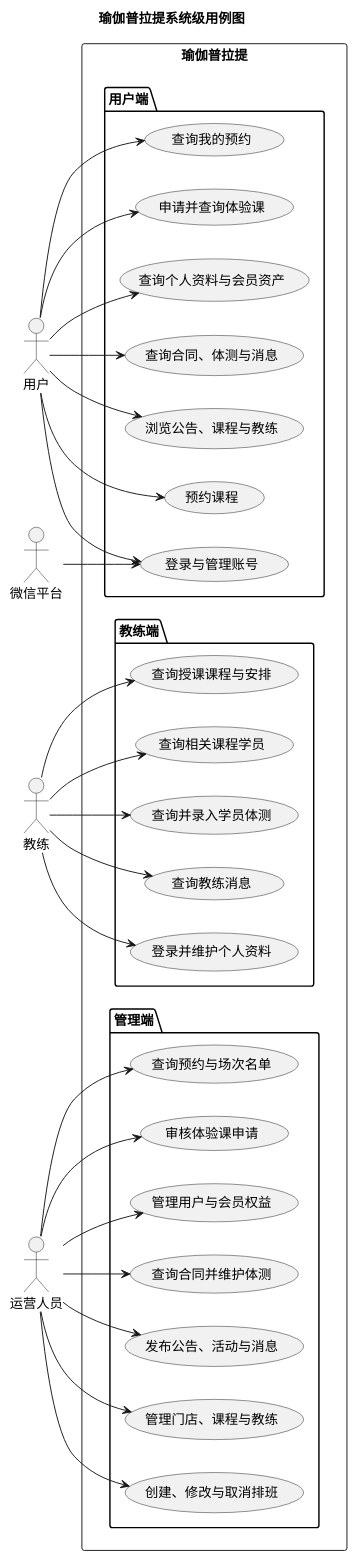
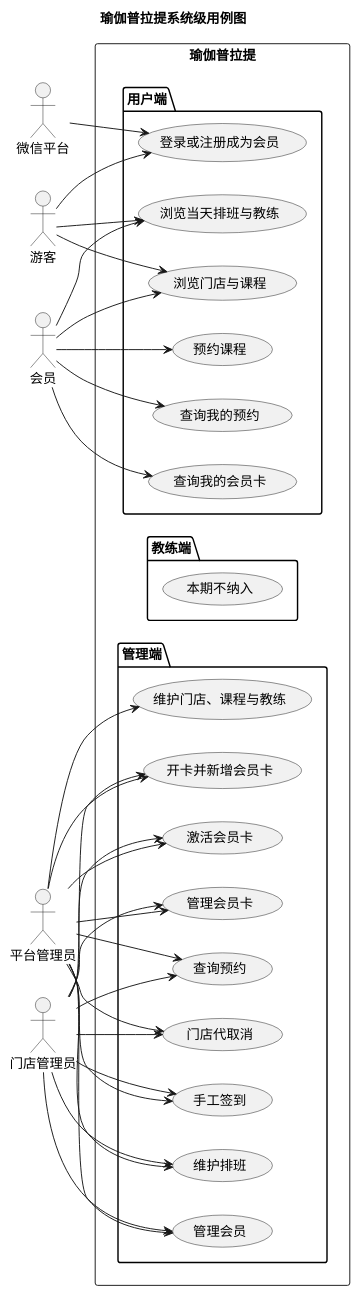
One commit to duo2530/techplant-yoga changed the second of 5 diagrams in docs/需求分析/需求分析.md. Above: the diagram before and after it, drawn with PlantUML. The commit also changed other lines of this file and 323 other files, not shown here.

````diff
--- a/docs/需求分析/需求分析.md
+++ b/docs/需求分析/需求分析.md
@@ -266,65 +216,68 @@
 ```plantuml
 @startuml
 left to right direction
 title 瑜伽普拉提系统级用例图
 
-actor "用户" as User
-actor "教练" as Coach
-actor "运营人员" as Ops
+actor "游客" as Visitor
+actor "会员" as Member
+actor "平台管理员" as PlatformAdmin
+actor "门店管理员" as StoreAdmin
 actor "微信平台" as WX
 
 rectangle "瑜伽普拉提" {
   package "用户端" {
-    usecase "登录与管理账号" as U_Login
-    usecase "浏览公告、课程与教练" as U_Browse
+    usecase "浏览门店与课程" as U_Browse
+    usecase "浏览当天排班与教练" as U_Schedule
+    usecase "登录或注册成为会员" as U_Login
     usecase "预约课程" as U_Book
     usecase "查询我的预约" as U_MyBook
-    usecase "申请并查询体验课" as U_Trial
-    usecase "查询个人资料与会员资产" as U_Assets
-    usecase "查询合同、体测与消息" as U_Record
+    usecase "查询我的会员卡" as U_Card
   }
 
   package "教练端" {
-    usecase "登录并维护个人资料" as C_Profile
-    usecase "查询授课课程与安排" as C_Schedule
-    usecase "查询相关课程学员" as C_Students
-    usecase "查询并录入学员体测" as C_Test
-    usecase "查询教练消息" as C_Message
+    usecase "本期不纳入" as C_Out
   }
 
   package "管理端" {
-    usecase "管理门店、课程与教练" as O_Base
-    usecase "创建、修改与取消排班" as O_Schedule
-    usecase "查询预约与场次名单" as O_Booking
-    usecase "审核体验课申请" as O_Trial
-    usecase "管理用户与会员权益" as O_Member
-    usecase "查询合同并维护体测" as O_Record
-    usecase "发布公告、活动与消息" as O_Content
+    usecase "维护门店、课程与教练" as O_Basic
+    usecase "维护排班" as O_Schedule
+    usecase "管理会员" as O_Member
+    usecase "开卡并新增会员卡" as O_IssueCard
+    usecase "激活会员卡" as O_ActivateCard
+    usecase "管理会员卡" as O_Card
+    usecase "查询预约" as O_Booking
+    usecase "门店代取消" as O_Cancel
+    usecase "手工签到" as O_CheckIn
   }
 }
 
-User --> U_Login
-User --> U_Browse
-User --> U_Book
-User --> U_MyBook
-User --> U_Trial
-User --> U_Assets
-User --> U_Record
+Visitor --> U_Login
+Visitor --> U_Browse
+Visitor --> U_Schedule
+Member --> U_Browse
+Member --> U_Schedule
+Member --> U_Book
+Member --> U_MyBook
+Member --> U_Card
 
-Coach --> C_Profile
-Coach --> C_Schedule
-Coach --> C_Students
-Coach --> C_Test
-Coach --> C_Message
-
-Ops --> O_Base
-Ops --> O_Schedule
-Ops --> O_Booking
-Ops --> O_Trial
-Ops --> O_Member
-Ops --> O_Record
-Ops --> O_Content
+PlatformAdmin --> O_Basic
+PlatformAdmin --> O_Schedule
+PlatformAdmin --> O_Booking
+PlatformAdmin --> O_Member
+PlatformAdmin --> O_Card
+PlatformAdmin --> O_IssueCard
+PlatformAdmin --> O_ActivateCard
+PlatformAdmin --> O_Cancel
+PlatformAdmin --> O_CheckIn
+StoreAdmin --> O_Schedule
+StoreAdmin --> O_Booking
+StoreAdmin --> O_Member
+StoreAdmin --> O_Card
+StoreAdmin --> O_IssueCard
+StoreAdmin --> O_ActivateCard
+StoreAdmin --> O_Cancel
+StoreAdmin --> O_CheckIn
 
 WX --> U_Login
 @enduml
 ```
````
